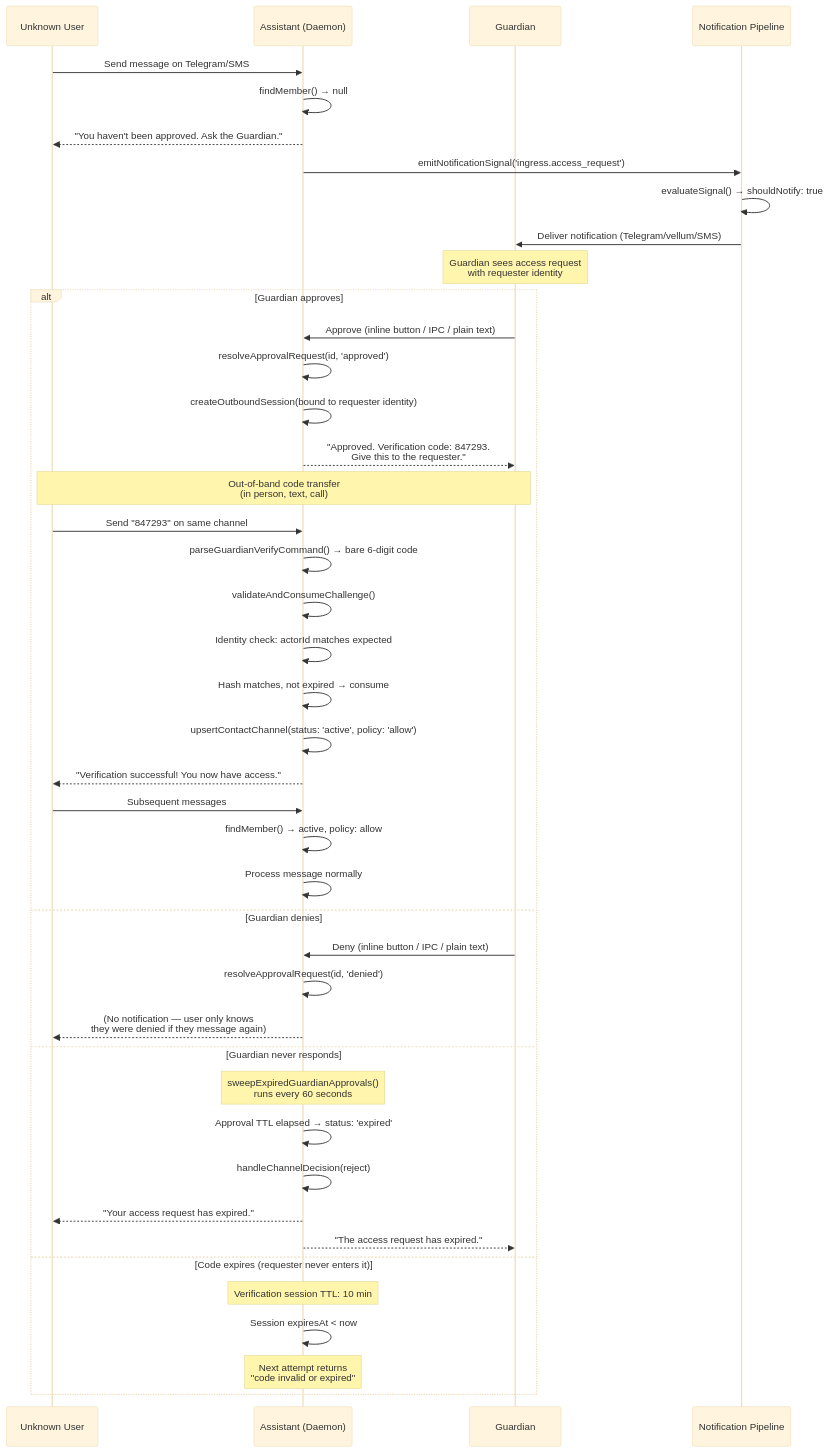
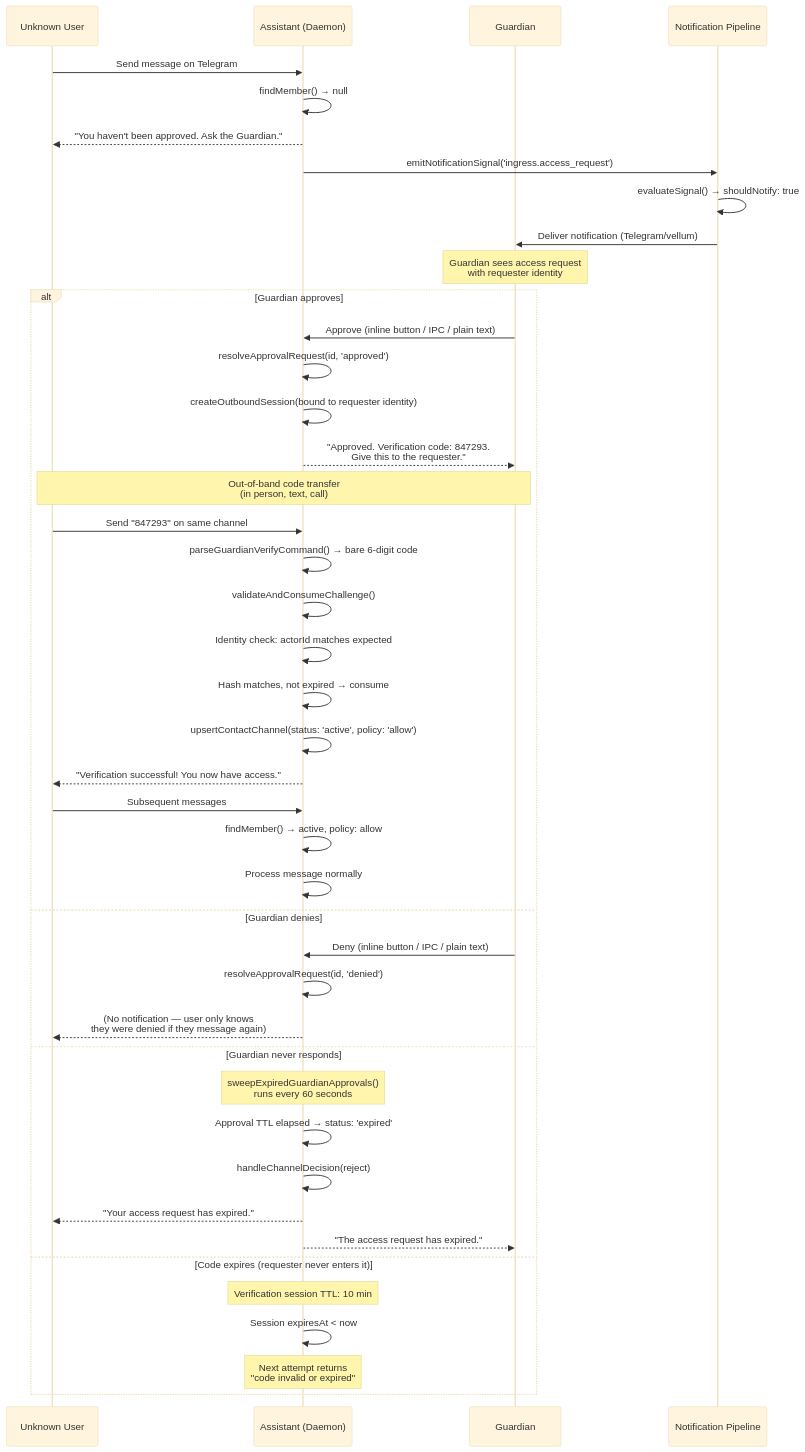
Before and after one commit to vellum-ai/vellum-assistant: the diagram in assistant/docs/trusted-contact-access.md, drawn with Mermaid (base theme). The commit also changed other lines of this file and 162 other files, not shown here.

Commit message:
chore: remove SMS from channel types, config schemas, and remaining references

````diff
--- a/assistant/docs/trusted-contact-access.md
+++ b/assistant/docs/trusted-contact-access.md
@@ -147,55 +146,55 @@
 ```mermaid
 sequenceDiagram
     participant U as Unknown User
     participant A as Assistant (Daemon)
     participant G as Guardian
     participant N as Notification Pipeline
 
-    U->>A: Send message on Telegram/SMS
+    U->>A: Send message on Telegram
     A->>A: findMember() → null
     A-->>U: "You haven't been approved. Ask the Guardian."
 
     A->>N: emitNotificationSignal('ingress.access_request')
     N->>N: evaluateSignal() → shouldNotify: true
-    N->>G: Deliver notification (Telegram/vellum/SMS)
+    N->>G: Deliver notification (Telegram/vellum)
 
     Note over G: Guardian sees access request<br/>with requester identity
 
     alt Guardian approves
         G->>A: Approve (inline button / IPC / plain text)
         A->>A: resolveApprovalRequest(id, 'approved')
         A->>A: createOutboundSession(bound to requester identity)
         A-->>G: "Approved. Verification code: 847293.<br/>Give this to the requester."
 
         Note over G,U: Out-of-band code transfer<br/>(in person, text, call)
 
         U->>A: Send "847293" on same channel
         A->>A: parseGuardianVerifyCommand() → bare 6-digit code
         A->>A: validateAndConsumeChallenge()
         A->>A: Identity check: actorId matches expected
         A->>A: Hash matches, not expired → consume
         A->>A: upsertContactChannel(status: 'active', policy: 'allow')
         A-->>U: "Verification successful! You now have access."
 
         U->>A: Subsequent messages
         A->>A: findMember() → active, policy: allow
         A->>A: Process message normally
 
     else Guardian denies
         G->>A: Deny (inline button / IPC / plain text)
         A->>A: resolveApprovalRequest(id, 'denied')
         A-->>U: (No notification — user only knows<br/>they were denied if they message again)
 
     else Guardian never responds
         Note over A: sweepExpiredGuardianApprovals()<br/>runs every 60 seconds
         A->>A: Approval TTL elapsed → status: 'expired'
         A->>A: handleChannelDecision(reject)
         A-->>U: "Your access request has expired."
         A-->>G: "The access request has expired."
 
     else Code expires (requester never enters it)
         Note over A: Verification session TTL: 10 min
         A->>A: Session expiresAt < now
         Note over A: Next attempt returns<br/>"code invalid or expired"
     end
 ```
````
